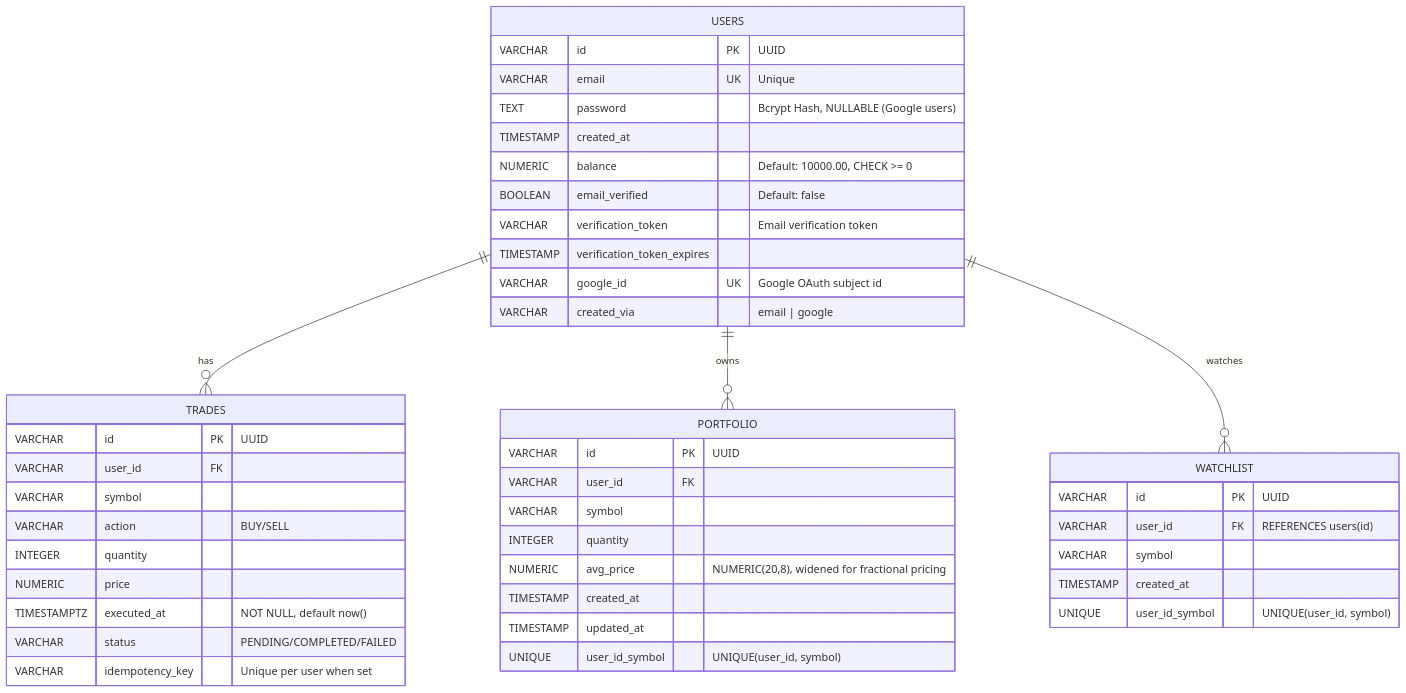
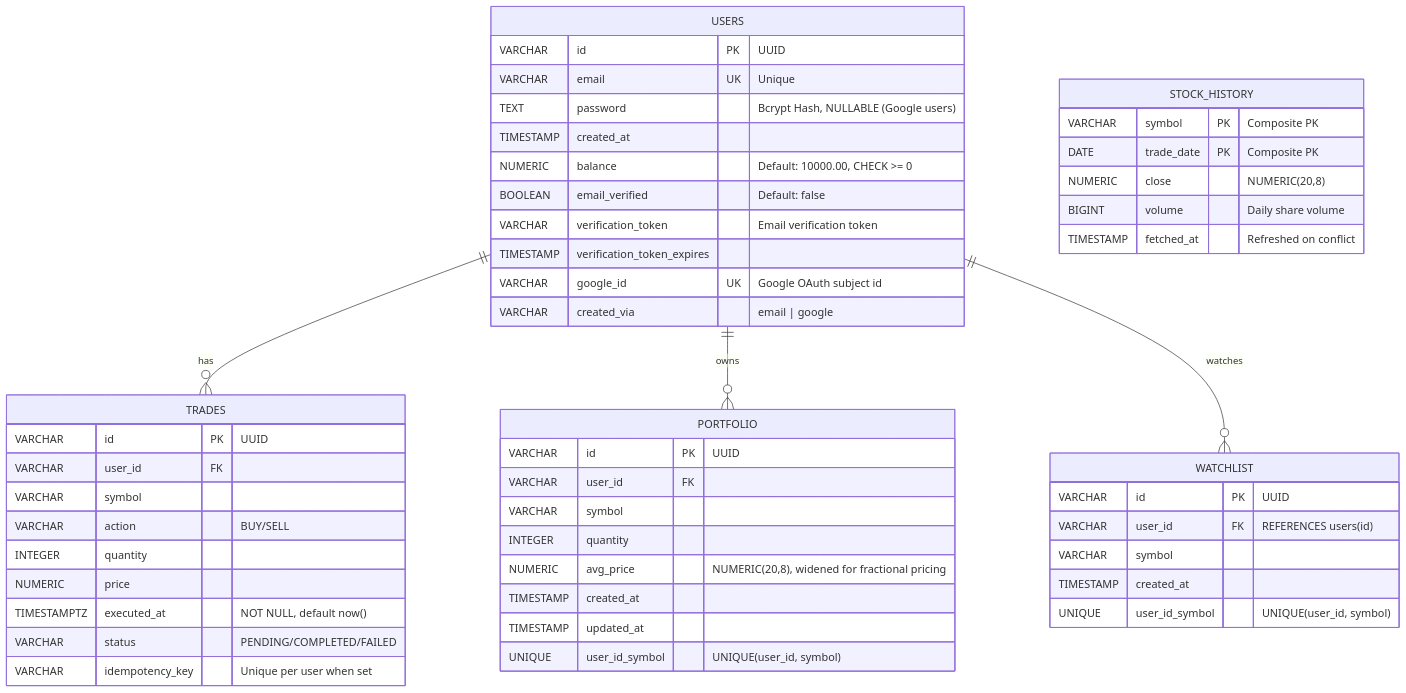
Before and after one commit to aidanjamai/PaperTrader: the third of 9 diagrams in docs/SYSTEMS_DIAGRAM.md, drawn with Mermaid. The commit also changed other lines of this file and 20 other files, not shown here.

Commit message:
add graphs

````diff
--- a/docs/SYSTEMS_DIAGRAM.md
+++ b/docs/SYSTEMS_DIAGRAM.md
@@ -167,50 +170,58 @@
 ```mermaid
 erDiagram
     USERS ||--o{ TRADES : "has"
     USERS ||--o{ PORTFOLIO : "owns"
     USERS ||--o{ WATCHLIST : "watches"
 
     USERS {
         VARCHAR id PK "UUID"
         VARCHAR email UK "Unique"
         TEXT password "Bcrypt Hash, NULLABLE (Google users)"
         TIMESTAMP created_at
         NUMERIC balance "Default: 10000.00, CHECK >= 0"
         BOOLEAN email_verified "Default: false"
         VARCHAR verification_token "Email verification token"
         TIMESTAMP verification_token_expires
         VARCHAR google_id UK "Google OAuth subject id"
         VARCHAR created_via "email | google"
     }
 
     TRADES {
         VARCHAR id PK "UUID"
         VARCHAR user_id FK
         VARCHAR symbol
         VARCHAR action "BUY/SELL"
         INTEGER quantity
         NUMERIC price
         TIMESTAMPTZ executed_at "NOT NULL, default now()"
         VARCHAR status "PENDING/COMPLETED/FAILED"
         VARCHAR idempotency_key "Unique per user when set"
     }
 
     PORTFOLIO {
         VARCHAR id PK "UUID"
         VARCHAR user_id FK
         VARCHAR symbol
         INTEGER quantity
         NUMERIC avg_price "NUMERIC(20,8), widened for fractional pricing"
         TIMESTAMP created_at
         TIMESTAMP updated_at
         UNIQUE user_id_symbol "UNIQUE(user_id, symbol)"
     }
 
     WATCHLIST {
         VARCHAR id PK "UUID"
         VARCHAR user_id FK "REFERENCES users(id)"
         VARCHAR symbol
         TIMESTAMP created_at
         UNIQUE user_id_symbol "UNIQUE(user_id, symbol)"
     }
+
+    STOCK_HISTORY {
+        VARCHAR symbol PK "Composite PK"
+        DATE trade_date PK "Composite PK"
+        NUMERIC close "NUMERIC(20,8)"
+        BIGINT volume "Daily share volume"
+        TIMESTAMP fetched_at "Refreshed on conflict"
+    }
 ```
````
